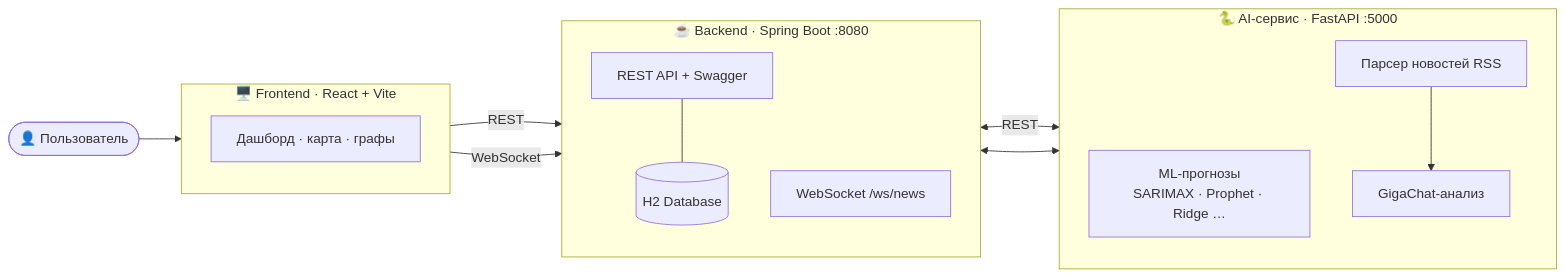
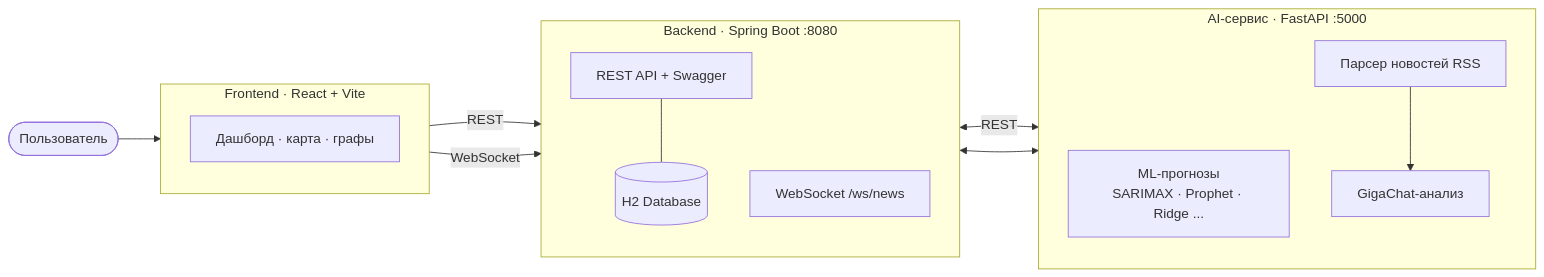
One commit to LiSSk0/Income-Planning-Assistant changed the first of 2 diagrams in README.md. Above: the diagram before and after it, drawn with Mermaid. The commit also changed other lines of this file, not shown here.

````diff
--- a/README.md
+++ b/README.md
@@ -36,30 +36,30 @@
 ```mermaid
 flowchart LR
-    U([👤 Пользователь]) --> FE
+    U([Пользователь]) --> FE
 
-    subgraph FE["🖥️ Frontend · React + Vite"]
+    subgraph FE["Frontend · React + Vite"]
         direction TB
         UI[Дашборд · карта · графы]
     end
 
-    subgraph BE["☕ Backend · Spring Boot :8080"]
+    subgraph BE["Backend · Spring Boot :8080"]
         direction TB
         API[REST API + Swagger]
         WS[WebSocket /ws/news]
         DB[(H2 Database)]
     end
 
-    subgraph PY["🐍 AI-сервис · FastAPI :5000"]
+    subgraph PY["AI-сервис · FastAPI :5000"]
         direction TB
-        ML[ML-прогнозы<br/>SARIMAX · Prophet · Ridge …]
+        ML[ML-прогнозы<br/>SARIMAX · Prophet · Ridge ...]
         NEWS[Парсер новостей RSS]
         GIGA[GigaChat-анализ]
     end
 
     FE -- REST --> API
     FE -- WebSocket --> WS
     API <-- REST --> ML
     WS <--> NEWS
     NEWS --> GIGA
     API --- DB
 ```
````
